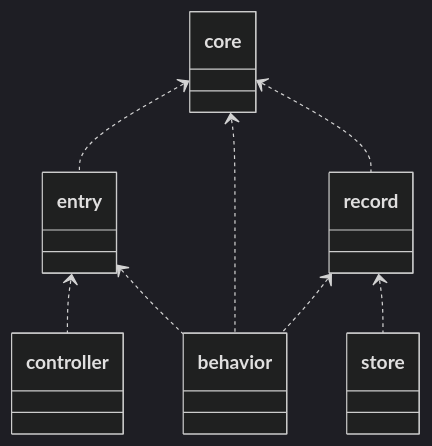
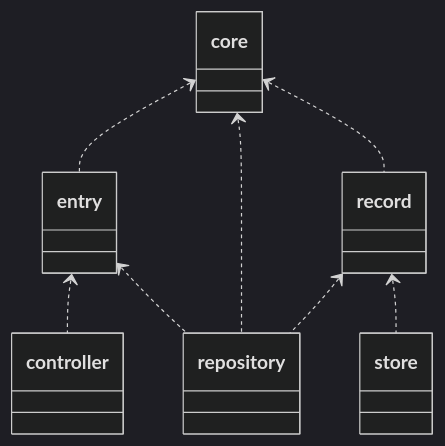
One commit to motojouya/ddd_go changed the first of 2 diagrams in docs/guideline/package.md. Above: the diagram before and after it, drawn with Mermaid (dark theme). The commit also changed other lines of this file and 6 other files, not shown here.

Commit message:
name change behavior to repository

````diff
--- a/docs/guideline/package.md
+++ b/docs/guideline/package.md
@@ -81,19 +81,19 @@
 ```mermaid
 classDiagram
   class entry
   class core
   core <.. entry
   class record
   core <.. record
 
   class controller
   entry <.. controller
 
-  class behavior
-  entry <.. behavior
-  core <.. behavior
-  record <.. behavior
+  class repository
+  entry <.. repository
+  core <.. repository
+  record <.. repository
 
   class store
   record <.. store
 ```
````
